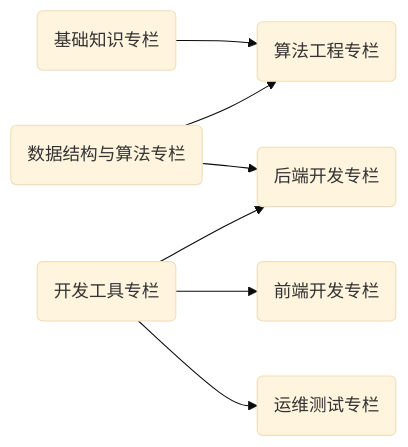
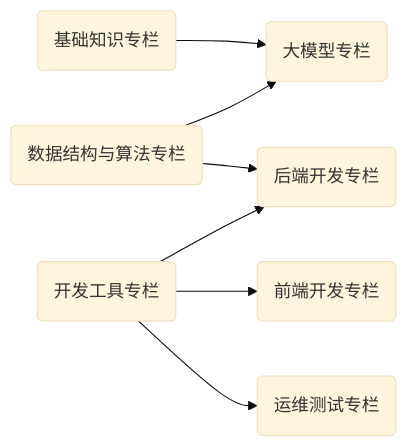
The diagram in docs/index.md (Explorer-Dong/wiki), drawn with Mermaid (base theme) before and after one commit. The commit also changed other lines of this file and 1 other file, not shown here.

Commit message:
fix: index error

````diff
--- a/docs/index.md
+++ b/docs/index.md
@@ -9,25 +9,25 @@
 ```mermaid
 graph LR
     %% 实体定义
     aics_base(基础知识专栏)
     ds_and_algo(数据结构与算法专栏)
-    algo_engineering(算法工程专栏)
+    llm(大模型专栏)
     dev_tools(开发工具专栏)
     front_end(前端开发专栏)
     back_end(后端开发专栏)
     dev_ops(运维测试专栏)
 
     %% 关系定义
-    aics_base --> algo_engineering
-    ds_and_algo --> algo_engineering & back_end
+    aics_base --> llm
+    ds_and_algo --> llm & back_end
     dev_tools --> front_end & back_end & dev_ops
   
     %% 跳转链接
     click aics_base "./base/"
     click ds_and_algo "./ds-and-algo/"
-    click algo_engineering "./algo-engineering/"
+    click llm "./llm/"
     click dev_tools "./dev-tools/"
     click front_end "./front-end/"
     click back_end "./back-end/"
     click dev_ops "./operation/"
 ```
````
